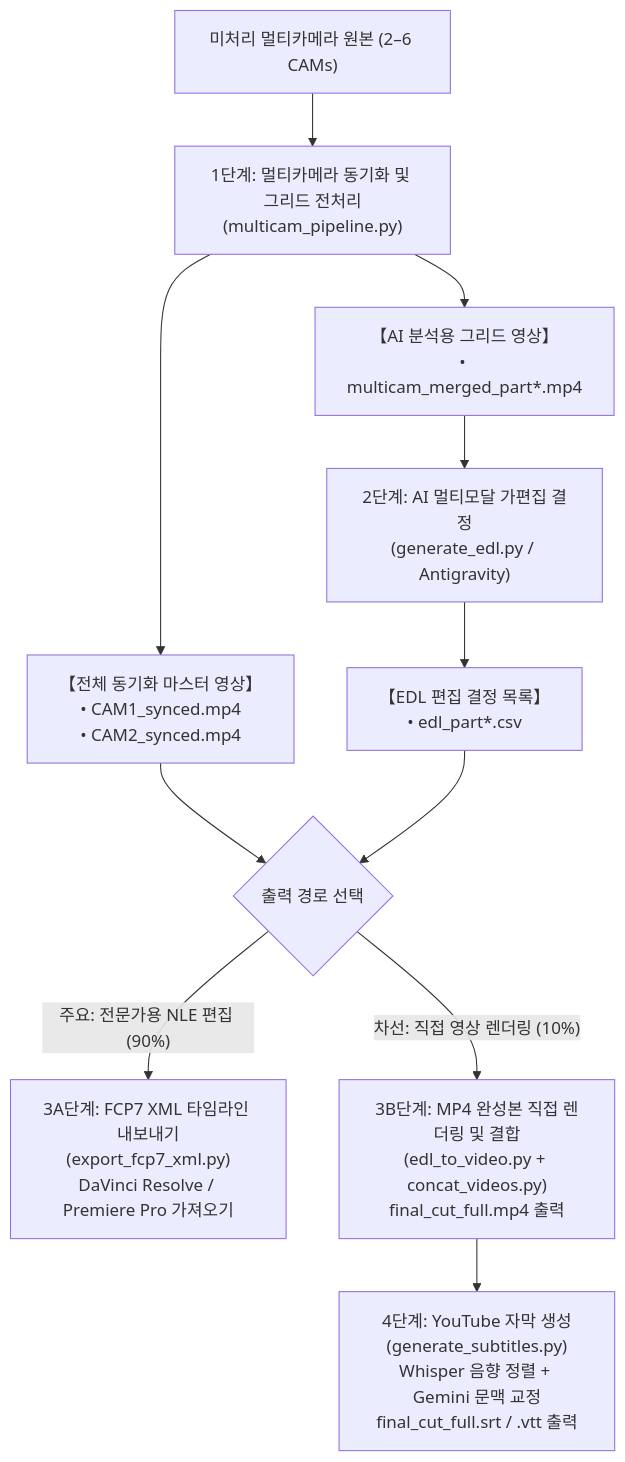
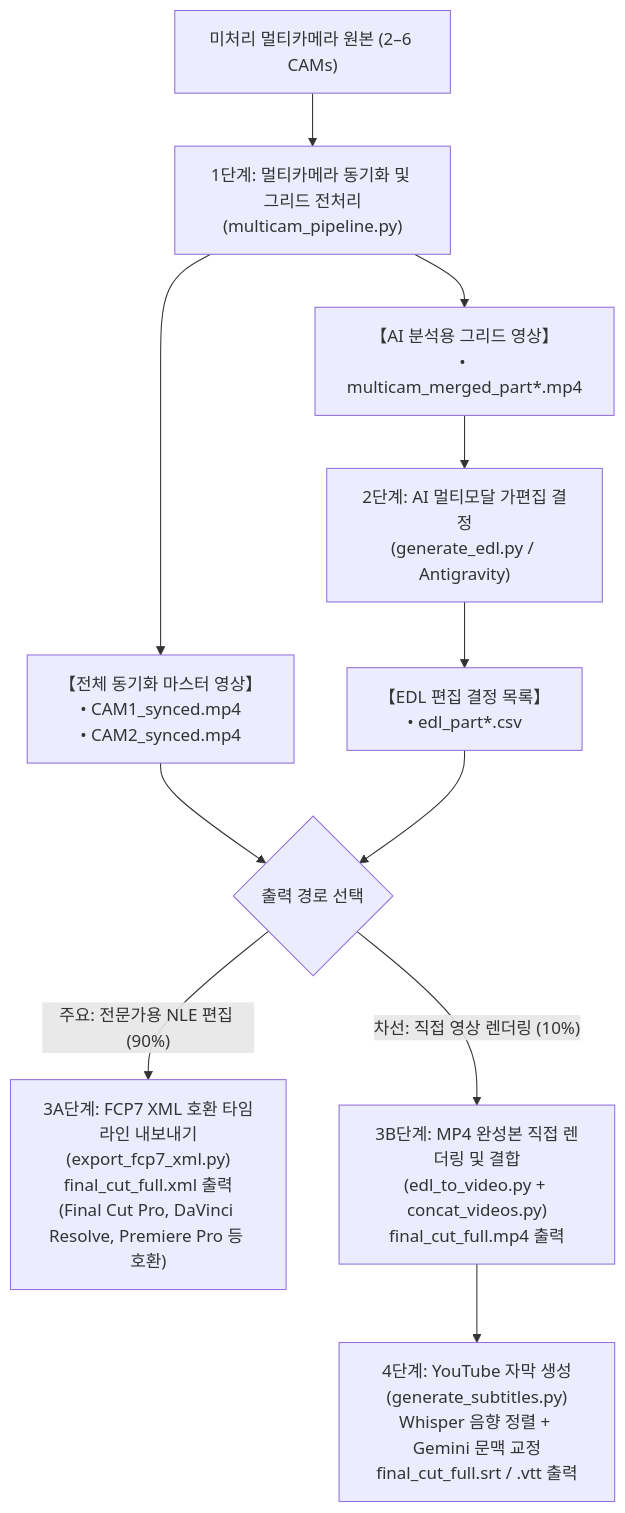
Before and after one commit to sylphlin/multicam-video-preprocessing: the diagram in README.ko.md, drawn with Mermaid. The commit also changed other lines of this file and 3 other files, not shown here.

Commit message:
docs: clarify FCP7 XML timeline format compatibility (Final Cut Pro, DaVinci Resolve, Premiere Pro) in diagrams and step descriptions

````diff
--- a/README.ko.md
+++ b/README.ko.md
@@ -53,18 +53,18 @@
 ```mermaid
 flowchart TD
     A["미처리 멀티카메라 원본 (2–6 CAMs)"] --> B["1단계: 멀티카메라 동기화 및 그리드 전처리<br/>(multicam_pipeline.py)"]
     
     B --> C["【전체 동기화 마스터 영상】<br/>• CAM1_synced.mp4<br/>• CAM2_synced.mp4"]
     B --> D["【AI 분석용 그리드 영상】<br/>• multicam_merged_part*.mp4"]
     
     D --> E["2단계: AI 멀티모달 가편집 결정<br/>(generate_edl.py / Antigravity)"]
     E --> F["【EDL 편집 결정 목록】<br/>• edl_part*.csv"]
     
     C --> G{"출력 경로 선택"}
     F --> G
     
-    G -->|"주요: 전문가용 NLE 편집 (90%)"| H["3A단계: FCP7 XML 타임라인 내보내기<br/>(export_fcp7_xml.py)<br/>DaVinci Resolve / Premiere Pro 가져오기"]
+    G -->|"주요: 전문가용 NLE 편집 (90%)"| H["3A단계: FCP7 XML 호환 타임라인 내보내기<br/>(export_fcp7_xml.py)<br/>final_cut_full.xml 출력<br/>(Final Cut Pro, DaVinci Resolve, Premiere Pro 등 호환)"]
     G -->|"차선: 직접 영상 렌더링 (10%)"| I["3B단계: MP4 완성본 직접 렌더링 및 결합<br/>(edl_to_video.py + concat_videos.py)<br/>final_cut_full.mp4 출력"]
     
     I --> J["4단계: YouTube 자막 생성<br/>(generate_subtitles.py)<br/>Whisper 음향 정렬 + Gemini 문맥 교정<br/>final_cut_full.srt / .vtt 출력"]
 ```
````
